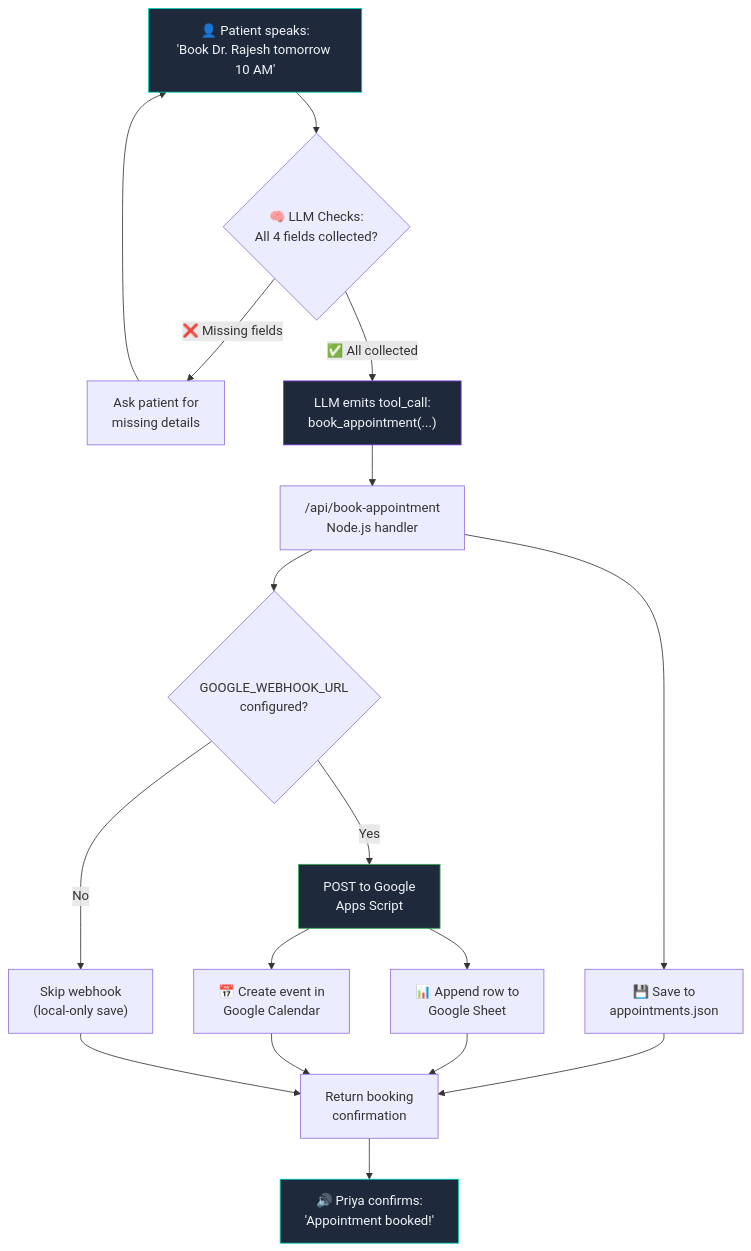
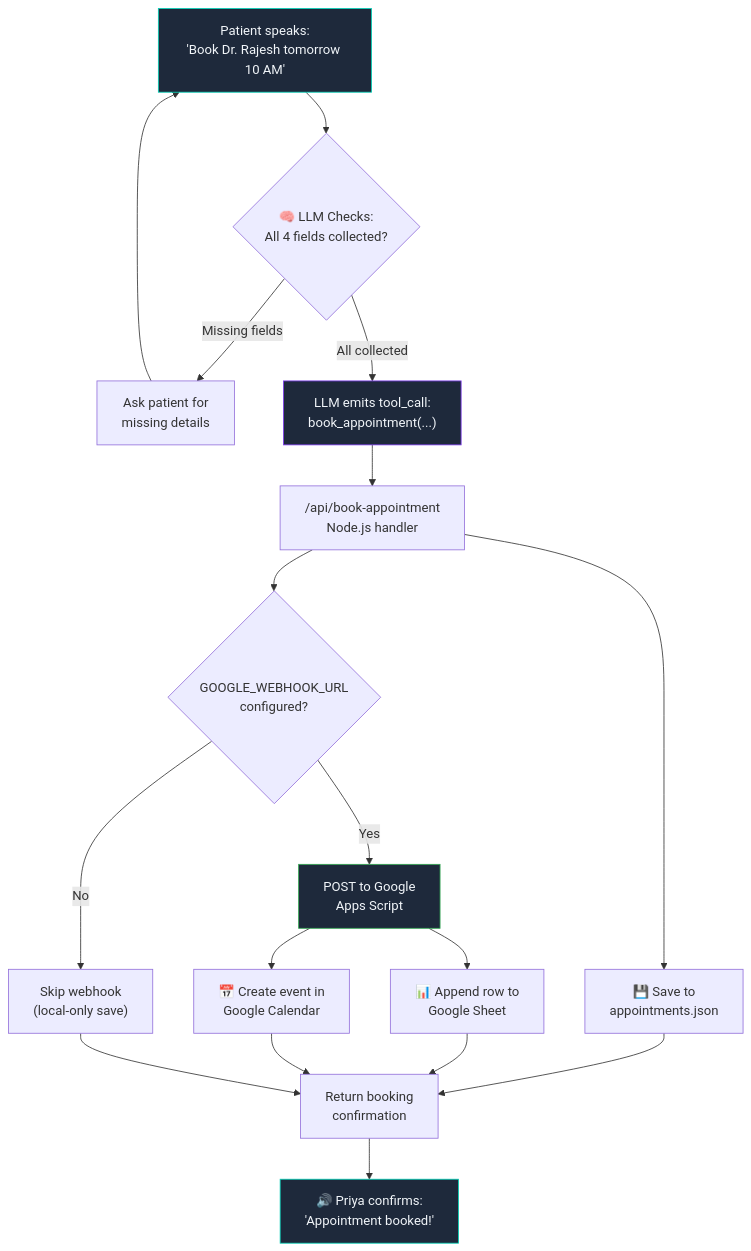
Before and after one commit to MaanasVerma25/Booking-voice: the sixth of 7 diagrams in README.md, drawn with Mermaid. The commit also changed other lines of this file, not shown here.

````diff
--- a/README.md
+++ b/README.md
@@ -527,24 +527,24 @@
 ```mermaid
 flowchart TD
-    A["👤 Patient speaks:<br/>'Book Dr. Rajesh tomorrow 10 AM'"] --> B{"🧠 LLM Checks:<br/>All 4 fields collected?"}
-    B -->|"❌ Missing fields"| C["Ask patient for<br/>missing details"]
+    A[" Patient speaks:<br/>'Book Dr. Rajesh tomorrow 10 AM'"] --> B{"🧠 LLM Checks:<br/>All 4 fields collected?"}
+    B -->|" Missing fields"| C["Ask patient for<br/>missing details"]
     C --> A
-    B -->|"✅ All collected"| D["LLM emits tool_call:<br/>book_appointment(...)"]
+    B -->|" All collected"| D["LLM emits tool_call:<br/>book_appointment(...)"]
     D --> E["/api/book-appointment<br/>Node.js handler"]
     E --> F["💾 Save to<br/>appointments.json"]
     E --> G{"GOOGLE_WEBHOOK_URL<br/>configured?"}
     G -->|"Yes"| H["POST to Google<br/>Apps Script"]
     H --> I["📊 Append row to<br/>Google Sheet"]
     H --> J["📅 Create event in<br/>Google Calendar"]
     G -->|"No"| K["Skip webhook<br/>(local-only save)"]
     F --> L["Return booking<br/>confirmation"]
     I --> L
     J --> L
     K --> L
     L --> M["🔊 Priya confirms:<br/>'Appointment booked!'"]
 
     style A fill:#1E293B,stroke:#00D2B8,color:#F1F5F9
     style D fill:#1E293B,stroke:#7C3AED,color:#F1F5F9
     style H fill:#1E293B,stroke:#34A853,color:#F1F5F9
     style M fill:#1E293B,stroke:#00D2B8,color:#F1F5F9
 ```
````
